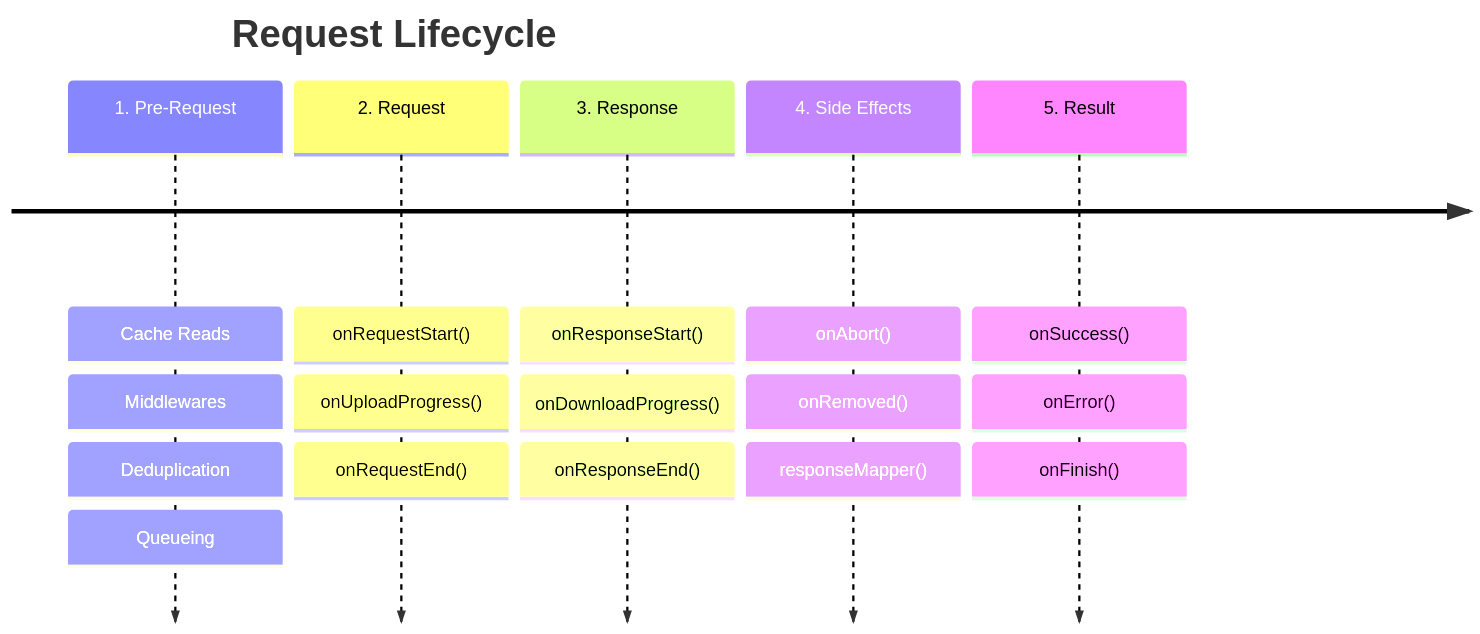
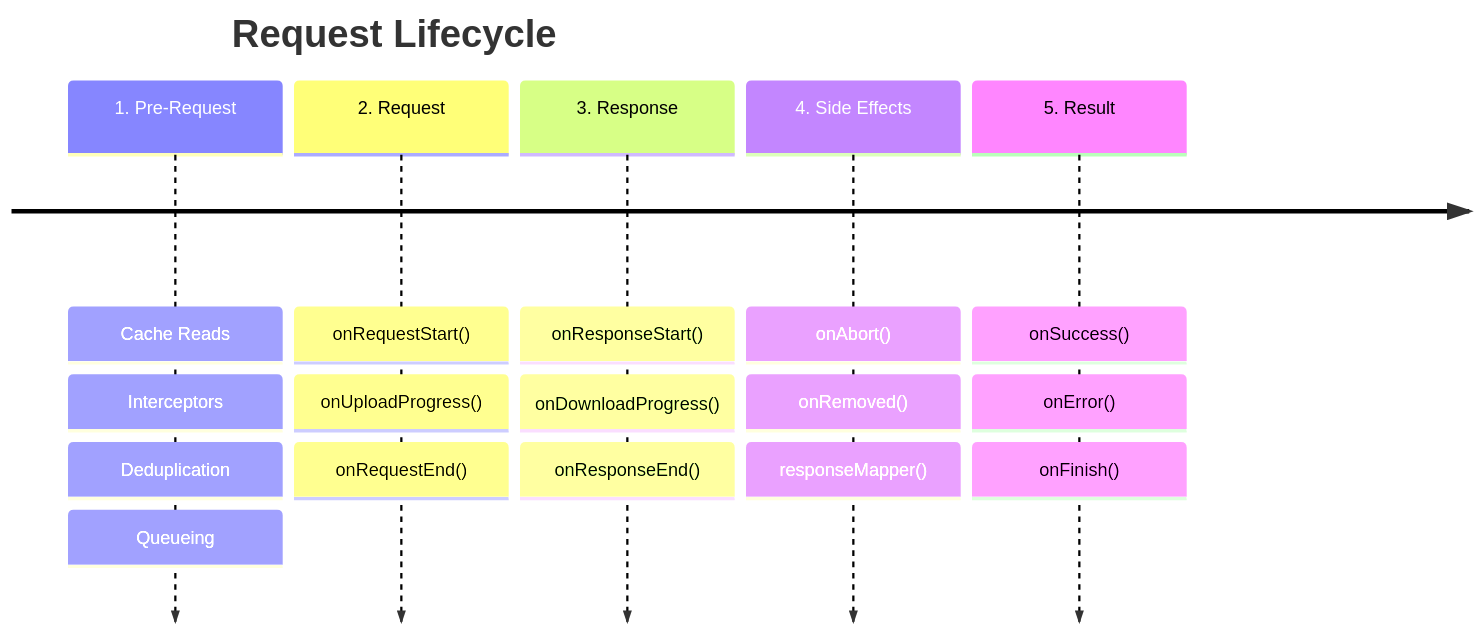
Before and after one commit to BetterTyped/hyper-fetch: the diagram in documentation/docs/core/overview.mdx, drawn with Mermaid. The commit also changed other lines of this file and 51 other files, not shown here.

````diff
--- a/documentation/docs/core/overview.mdx
+++ b/documentation/docs/core/overview.mdx
@@ -169,9 +138,9 @@
 ```mermaid
     timeline
         title Request Lifecycle
-          1. Pre-Request : Cache Reads : Middlewares : Deduplication : Queueing
+          1. Pre-Request : Cache Reads : Interceptors : Deduplication : Queueing
           2. Request : onRequestStart() : onUploadProgress() : onRequestEnd()
           3. Response : onResponseStart() : onDownloadProgress() : onResponseEnd()
           4. Side Effects : onAbort() : onRemoved() : responseMapper()
           5. Result : onSuccess() : onError() : onFinish()
 ```
````
